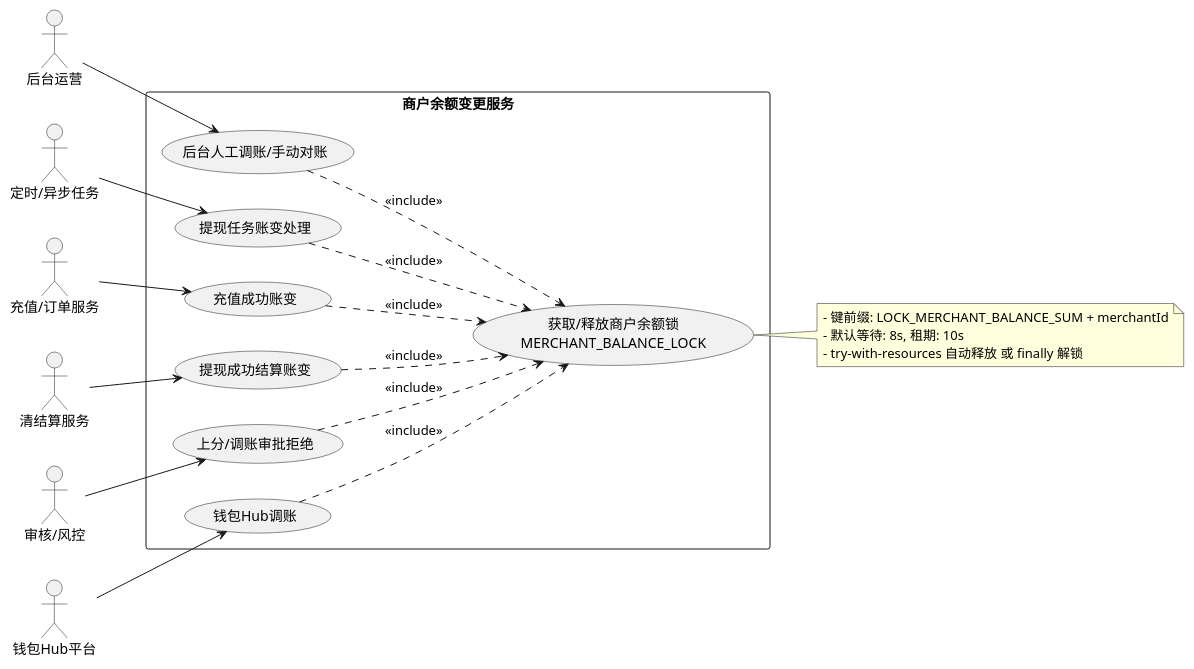
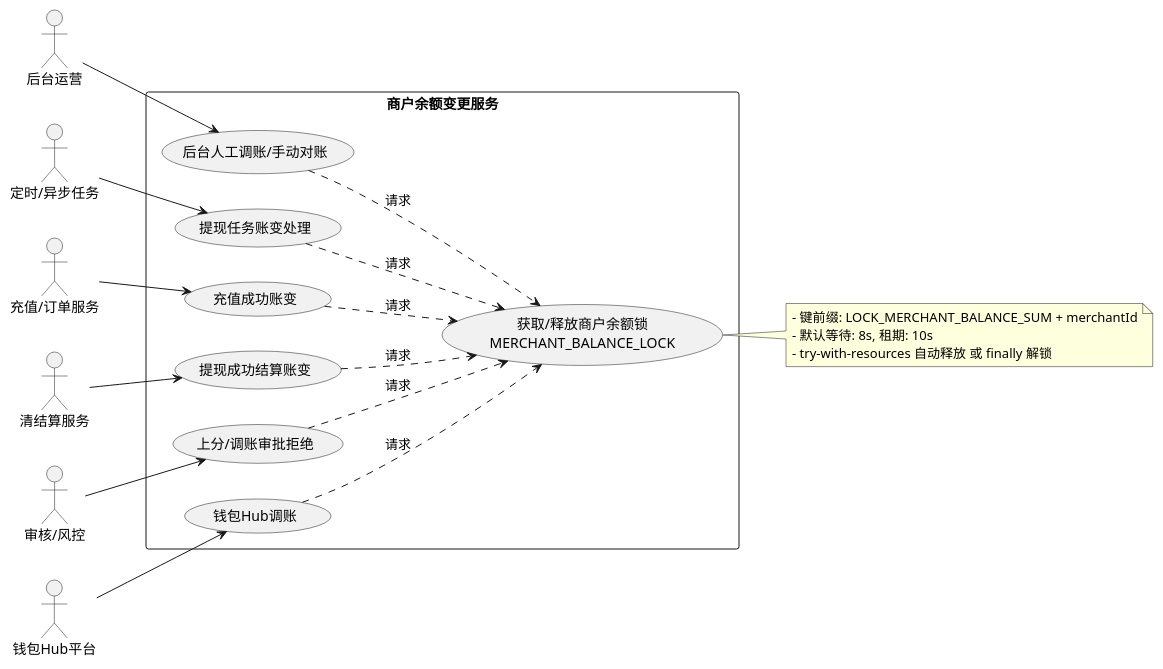
One commit to jdktomcater/java-showcase changed the diagram in showcase-design/账变/帐变用例图.puml. Above: the diagram before and after it, drawn with PlantUML. The commit also changed 1 other file, not shown here.

```diff
--- a/showcase-design/账变/帐变用例图.puml
+++ b/showcase-design/账变/帐变用例图.puml
@@ -1,40 +1,40 @@
 @startuml
 left to right direction
 
 actor "后台运营" as Admin
 actor "定时/异步任务" as Job
 actor "充值/订单服务" as PaySvc
 actor "清结算服务" as Liquidate
 actor "审核/风控" as Risk
 actor "钱包Hub平台" as Hub
 
 rectangle "商户余额变更服务" {
   usecase UC_Lock as "获取/释放商户余额锁\nMERCHANT_BALANCE_LOCK"
   usecase UC_Deposit as "充值成功账变"
   usecase UC_Withdraw as "提现成功结算账变"
   usecase UC_WithdrawJob as "提现任务账变处理"
   usecase UC_Adjust as "后台人工调账/手动对账"
   usecase UC_AdjustReject as "上分/调账审批拒绝"
   usecase UC_HubAdjust as "钱包Hub调账"
 }
 
 PaySvc --> UC_Deposit
 Liquidate --> UC_Withdraw
 Job --> UC_WithdrawJob
 Admin --> UC_Adjust
 Risk --> UC_AdjustReject
 Hub --> UC_HubAdjust
 
-UC_Deposit ..> UC_Lock : <<include>>
-UC_Withdraw ..> UC_Lock : <<include>>
-UC_WithdrawJob ..> UC_Lock : <<include>>
-UC_Adjust ..> UC_Lock : <<include>>
-UC_AdjustReject ..> UC_Lock : <<include>>
-UC_HubAdjust ..> UC_Lock : <<include>>
+UC_Deposit ..> UC_Lock : 请求
+UC_Withdraw ..> UC_Lock : 请求
+UC_WithdrawJob ..> UC_Lock : 请求
+UC_Adjust ..> UC_Lock : 请求
+UC_AdjustReject ..> UC_Lock : 请求
+UC_HubAdjust ..> UC_Lock : 请求
 
 note right of UC_Lock
 - 键前缀: LOCK_MERCHANT_BALANCE_SUM + merchantId
 - 默认等待: 8s, 租期: 10s
 - try-with-resources 自动释放 或 finally 解锁
 end note
 @enduml
```
